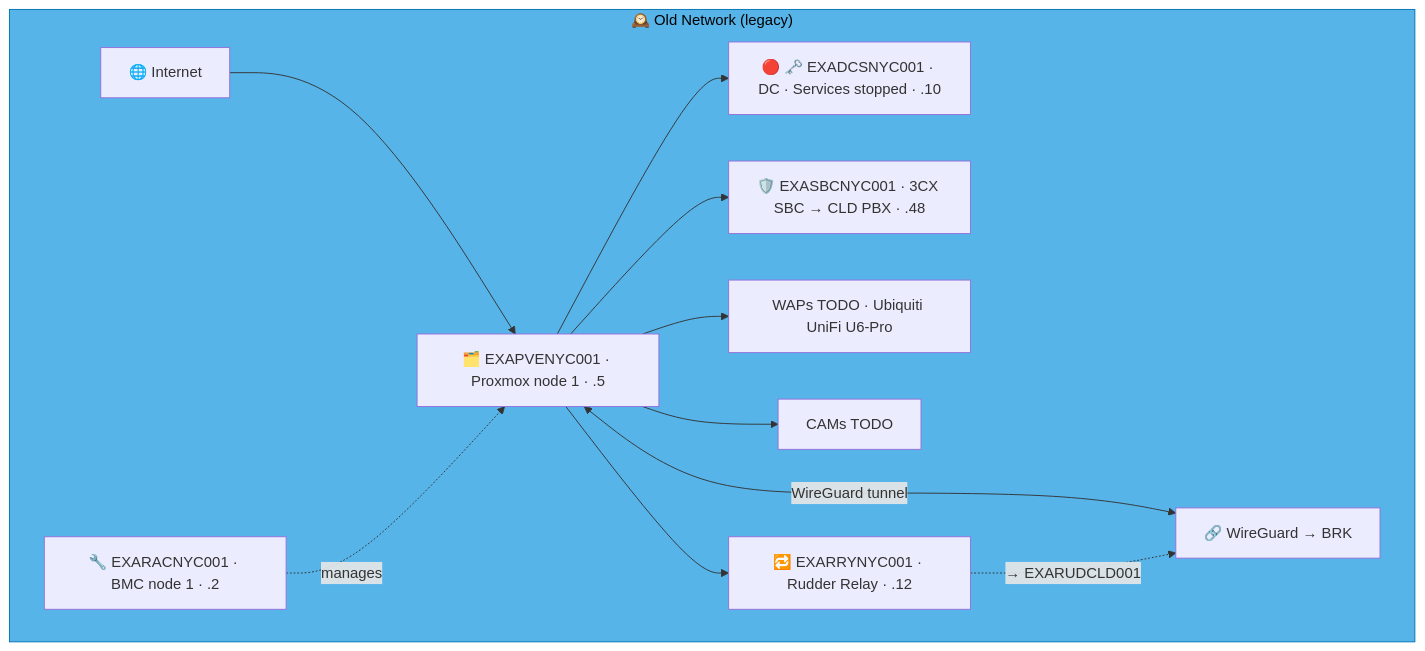
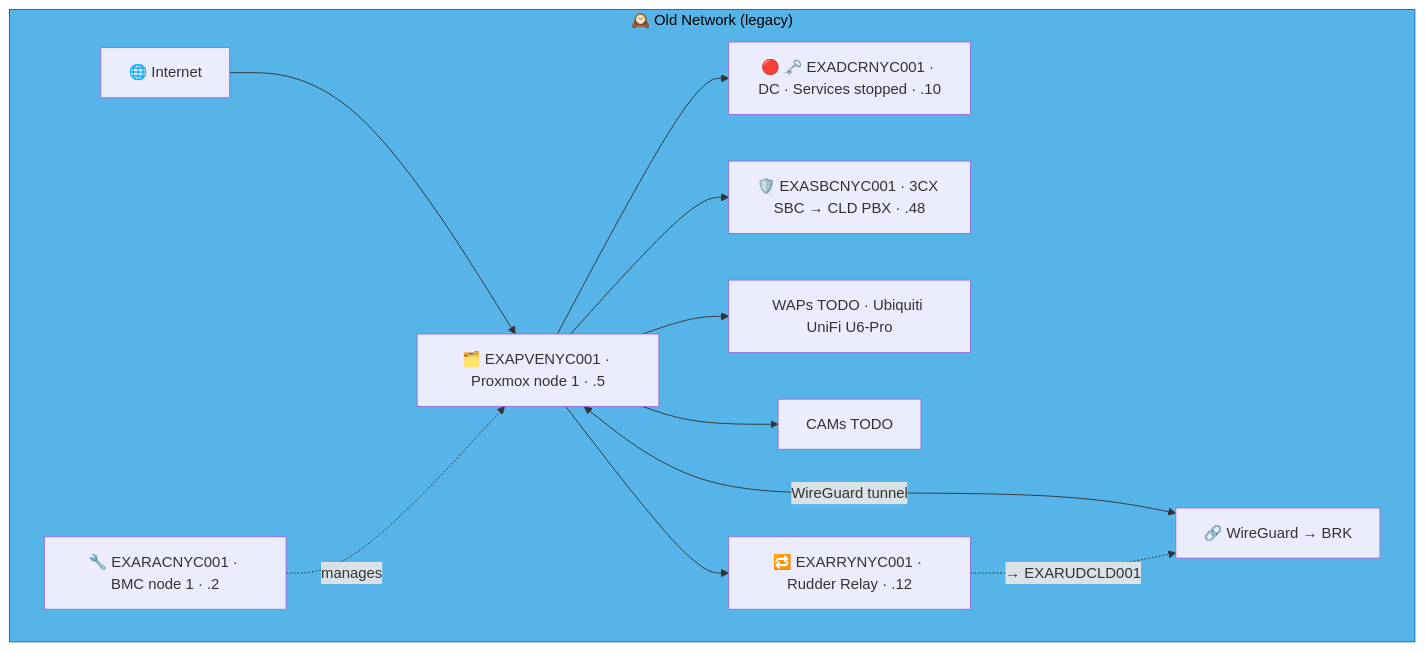
One commit to knightmare2600/example_music_infra changed the fifth of 19 diagrams in docs/network-diagram/united-states.md. Above: the diagram before and after it, drawn with Mermaid. The commit also changed other lines of this file and 8 other files, not shown here.

````diff
--- a/docs/network-diagram/united-states.md
+++ b/docs/network-diagram/united-states.md
@@ -253,23 +238,23 @@
 ```mermaid
 graph TD
     subgraph OLD_NYC ["🕰️ Old Network (legacy)"]
       INET["🌐 Internet"]
       RAC["🔧 EXARACNYC001 · BMC node 1 · .2"]
       PVE["🗂️ EXAPVENYC001 · Proxmox node 1 · .5"]
-      DC["🔴 🗝️ EXADCSNYC001 · DC · Services stopped · .10"]
+      DC["🔴 🗝️ EXADCRNYC001 · DC · Services stopped · .10"]
       SBC["🛡️ EXASBCNYC001 · 3CX SBC → CLD PBX · .48"]
       RRY["🔁 EXARRYNYC001 · Rudder Relay · .12"]
       WAP["WAPs TODO · Ubiquiti UniFi U6-Pro"]
       CAM["CAMs TODO"]
       VPN["🔗 WireGuard → BRK"]
 
       INET --> PVE --> DC & SBC
       RAC -.->|"manages"| PVE
       PVE --> WAP & CAM
       PVE <-->|"WireGuard tunnel"| VPN
 
       PVE --> RRY
       RRY -. "→ EXARUDCLD001" .-> VPN
     end
     style OLD_NYC fill:#56B4E9,stroke:#0072B2,color:#000000
 ```
````
